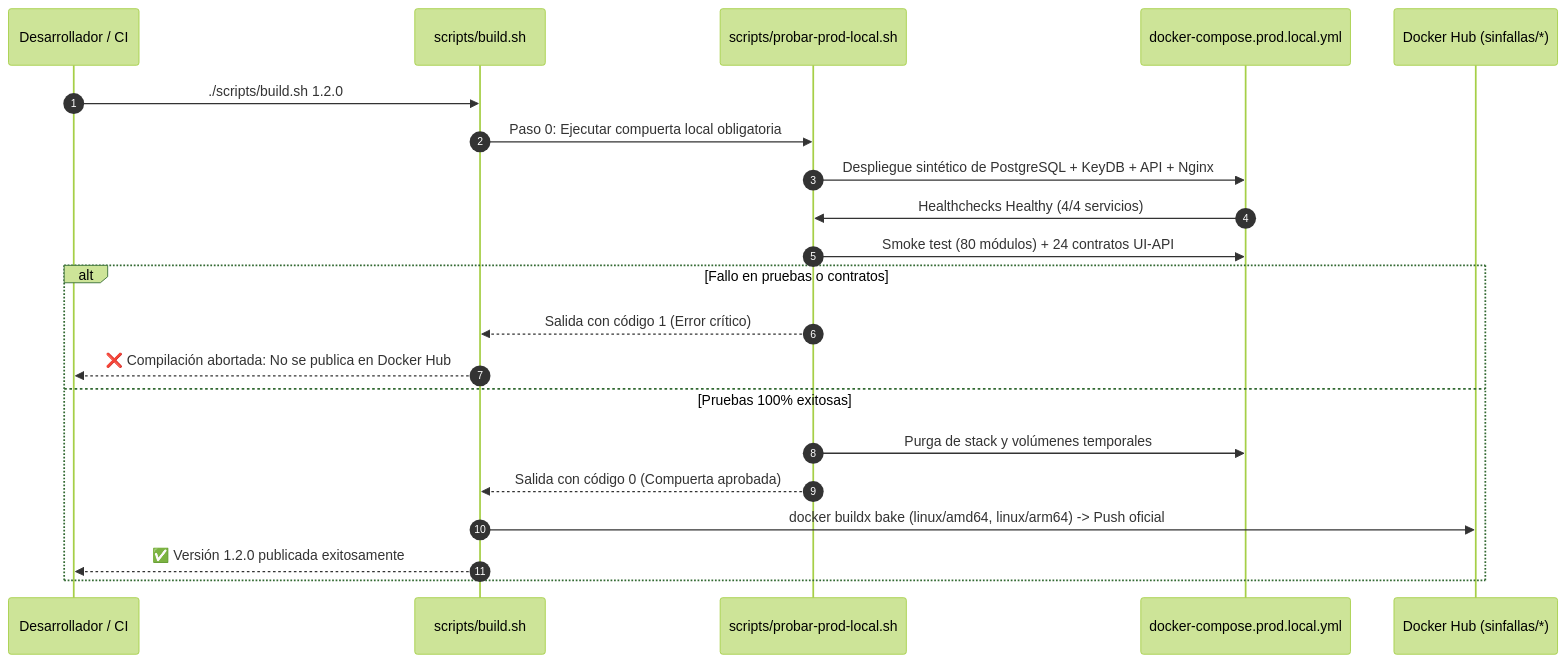
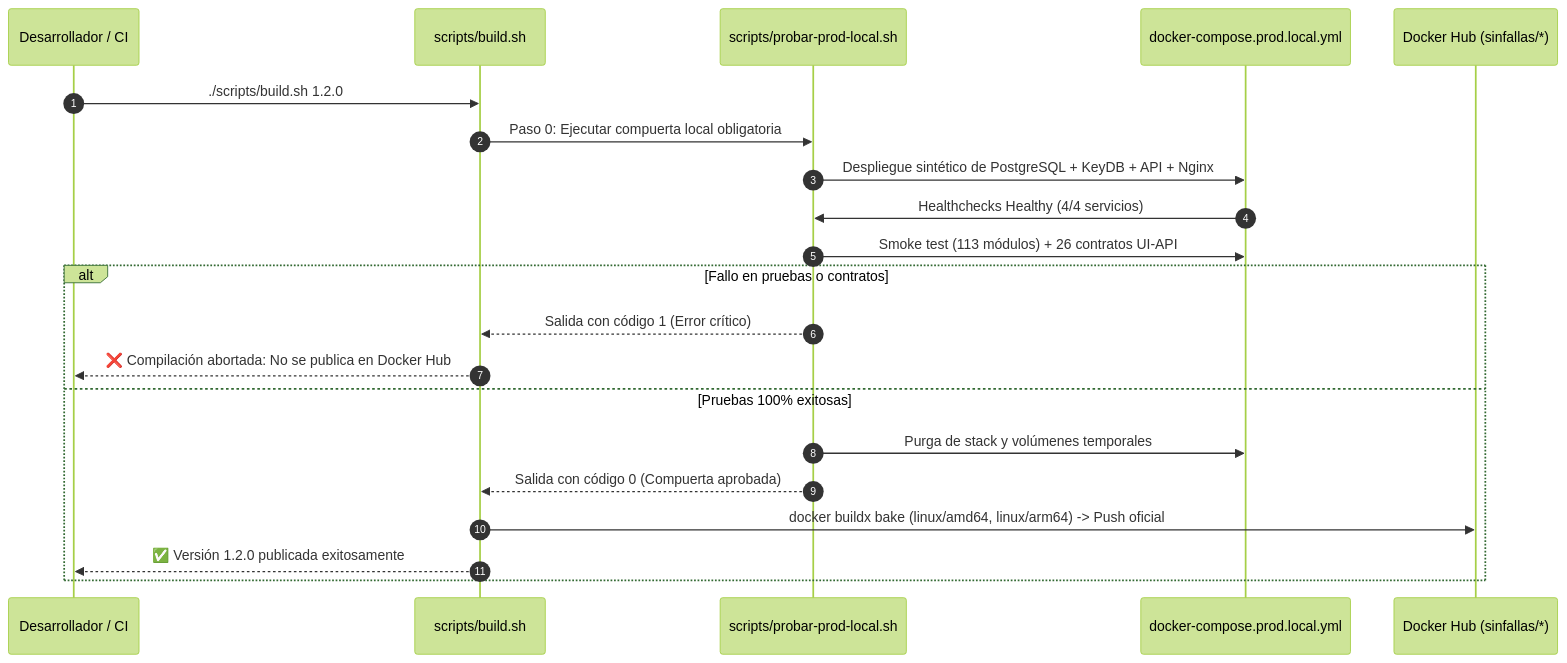
One commit to tecno-consultores/RoSGrid changed the second of 2 diagrams in docs/08_PIPELINE_VALIDACION_LOCAL_PRODUCCION.md. Above: the diagram before and after it, drawn with Mermaid (forest theme). The commit also changed other lines of this file and 13 other files, not shown here.

Commit message:
docs(sync): auditar y unificar politicas mikrotik, contratos front-back y diagramas mcp

````diff
--- a/docs/08_PIPELINE_VALIDACION_LOCAL_PRODUCCION.md
+++ b/docs/08_PIPELINE_VALIDACION_LOCAL_PRODUCCION.md
@@ -124,24 +124,24 @@
 ```mermaid
 sequenceDiagram
     autonumber
     participant Dev as Desarrollador / CI
     participant Build as scripts/build.sh
     participant Pipeline as scripts/probar-prod-local.sh
     participant Stack as docker-compose.prod.local.yml
     participant Hub as Docker Hub (sinfallas/*)
 
     Dev->>Build: ./scripts/build.sh 1.2.0
     Build->>Pipeline: Paso 0: Ejecutar compuerta local obligatoria
     Pipeline->>Stack: Despliegue sintético de PostgreSQL + KeyDB + API + Nginx
     Stack->>Pipeline: Healthchecks Healthy (4/4 servicios)
-    Pipeline->>Stack: Smoke test (80 módulos) + 24 contratos UI-API
+    Pipeline->>Stack: Smoke test (113 módulos) + 26 contratos UI-API
     alt Fallo en pruebas o contratos
         Pipeline-->>Build: Salida con código 1 (Error crítico)
         Build-->>Dev: ❌ Compilación abortada: No se publica en Docker Hub
     else Pruebas 100% exitosas
         Pipeline->>Stack: Purga de stack y volúmenes temporales
         Pipeline-->>Build: Salida con código 0 (Compuerta aprobada)
         Build->>Hub: docker buildx bake (linux/amd64, linux/arm64) -> Push oficial
         Build-->>Dev: ✅ Versión 1.2.0 publicada exitosamente
     end
 ```
````
